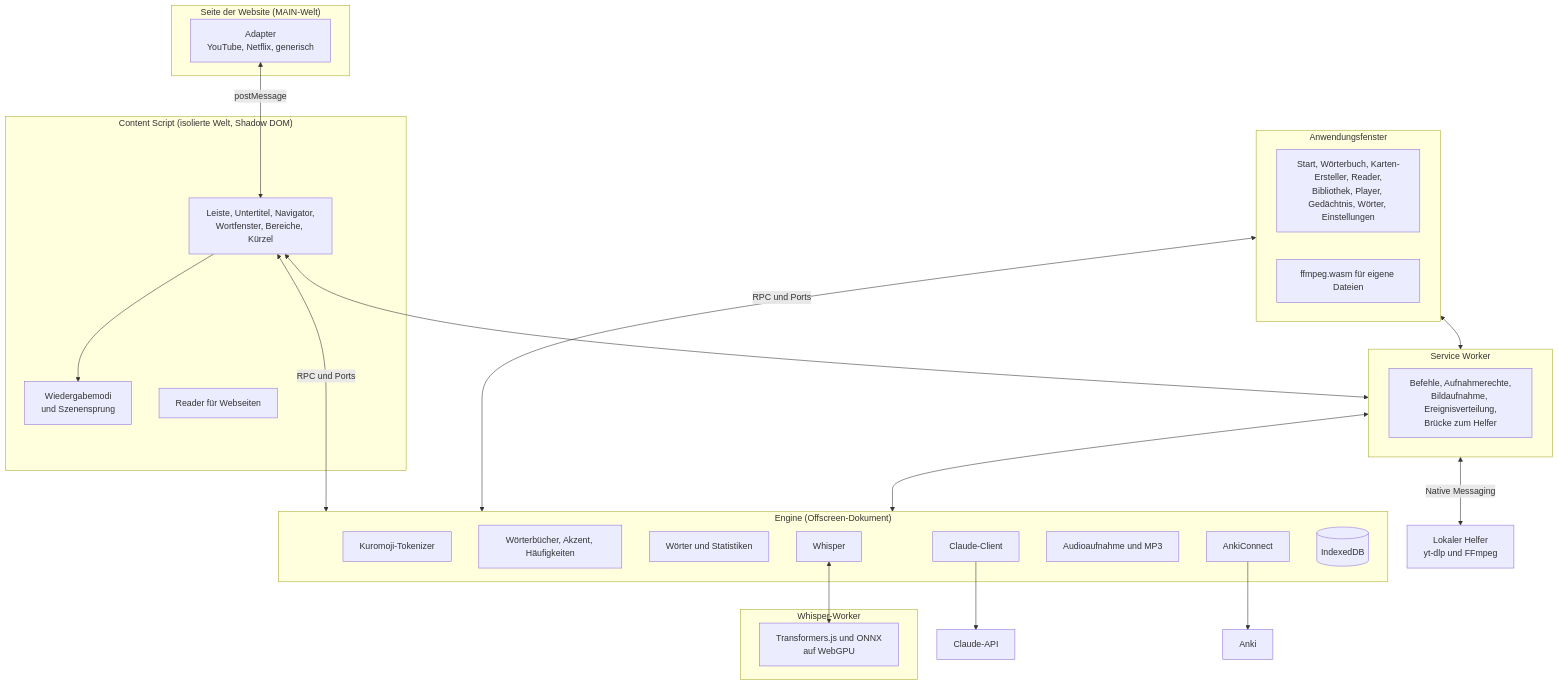
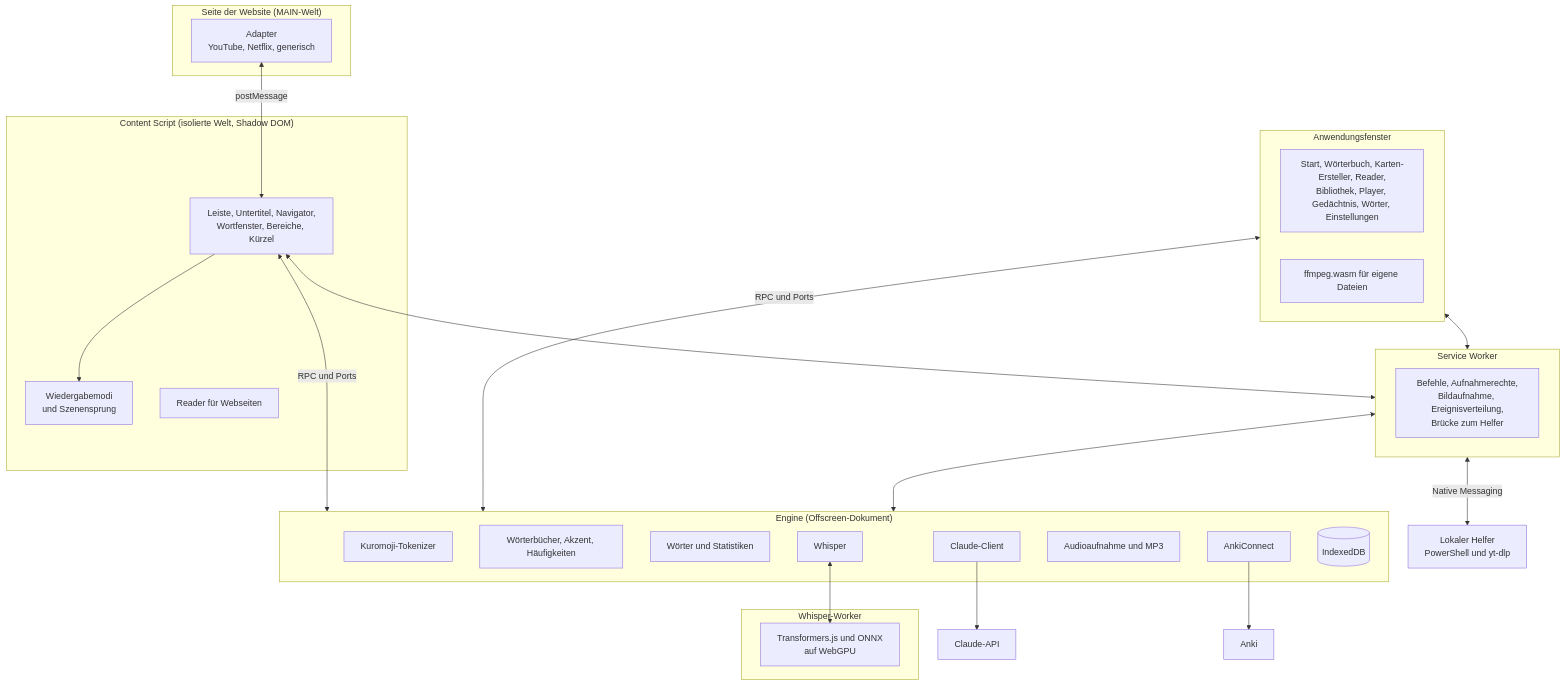
One commit to Eliam4510/kotonoha changed the diagram in docs/de/architecture.md. Above: the diagram before and after it, drawn with Mermaid. The commit also changed other lines of this file and 83 other files, not shown here.

````diff
--- a/docs/de/architecture.md
+++ b/docs/de/architecture.md
@@ -9,42 +9,42 @@
 ```mermaid
 flowchart TB
   subgraph Pagina["Seite der Website (MAIN-Welt)"]
     AD["Adapter<br/>YouTube, Netflix, generisch"]
   end
   subgraph Contenido["Content Script (isolierte Welt, Shadow DOM)"]
     UI["Leiste, Untertitel, Navigator,<br/>Wortfenster, Bereiche, Kürzel"]
     MODO["Wiedergabemodi<br/>und Szenensprung"]
     WEB["Reader für Webseiten"]
   end
   subgraph SW["Service Worker"]
     RUTA["Befehle, Aufnahmerechte,<br/>Bildaufnahme, Ereignisverteilung,<br/>Brücke zum Helfer"]
   end
   subgraph Motor["Engine (Offscreen-Dokument)"]
     TOK["Kuromoji-Tokenizer"]
     DIC["Wörterbücher, Akzent, Häufigkeiten"]
     PAL["Wörter und Statistiken"]
     IA["Claude-Client"]
     ANKI["AnkiConnect"]
     REC["Audioaufnahme und MP3"]
     WH["Whisper"]
     DB[("IndexedDB")]
   end
   subgraph Trabajador["Whisper-Worker"]
     GPU["Transformers.js und ONNX<br/>auf WebGPU"]
   end
   subgraph App["Anwendungsfenster"]
     PANT["Start, Wörterbuch, Karten-Ersteller, Reader,<br/>Bibliothek, Player, Gedächtnis, Wörter, Einstellungen"]
     FF["ffmpeg.wasm für eigene Dateien"]
   end
   AD <-->|postMessage| UI
   UI --> MODO
   UI <-->|RPC und Ports| Motor
   UI <--> SW
   App <-->|RPC und Ports| Motor
   App <--> SW
   SW <--> Motor
-  SW <-->|Native Messaging| AY["Lokaler Helfer<br/>yt-dlp und FFmpeg"]
+  SW <-->|Native Messaging| AY["Lokaler Helfer<br/>PowerShell und yt-dlp"]
   WH <--> GPU
   IA --> CL["Claude-API"]
   ANKI --> AN["Anki"]
 ```
````
